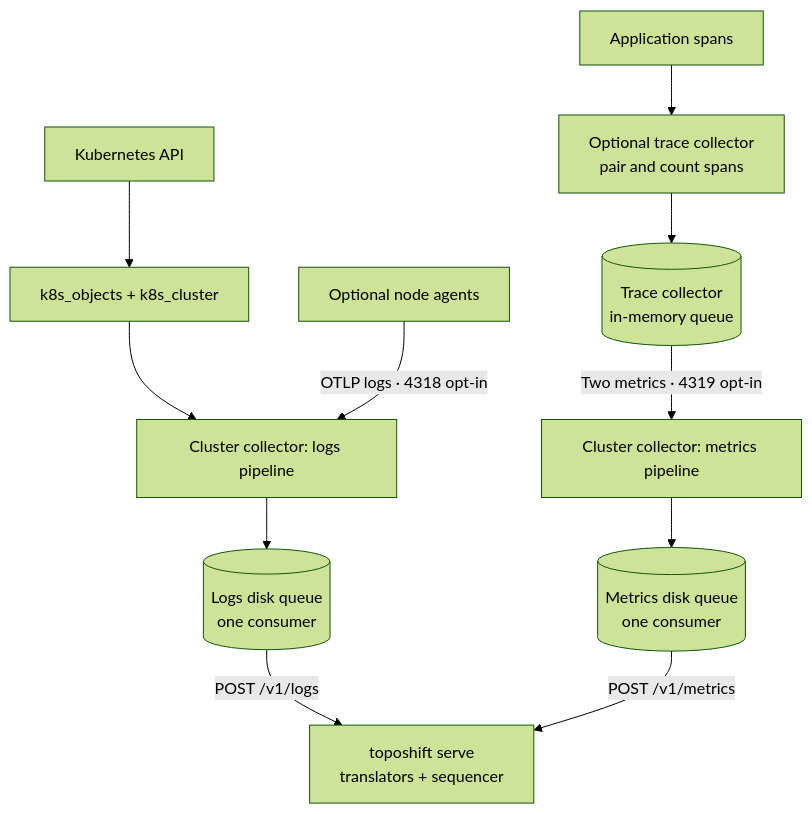
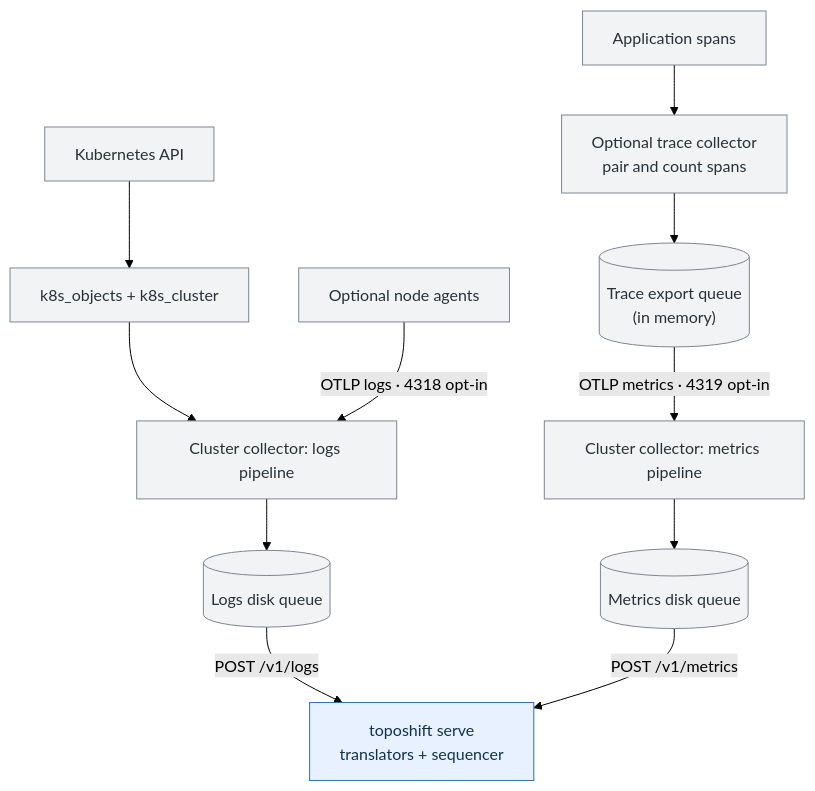
Before and after one commit to lotannauo/toposhift: the diagram in deploy/otel-collector/README.md, drawn with Mermaid (forest theme). The commit also changed other lines of this file and 1 other file, not shown here.

Commit message:
[docs] M6: Clarify diagram ownership and queue labels
Distinguishes toposhift components and storage formats from upstream software in the system and collector diagrams. Keeps the existing flows and grouping, identifies Pebble as software, and uses parenthetical qualifiers for queue and volume details.

````diff
--- a/deploy/otel-collector/README.md
+++ b/deploy/otel-collector/README.md
@@ -16,13 +16,18 @@
 ```mermaid
 flowchart TB
     K["Kubernetes API"] --> KR["k8s_objects + k8s_cluster"]
     KR --> LP["Cluster collector: logs pipeline"]
     N["Optional node agents"] -->|"OTLP logs · 4318 opt-in"| LP
     A["Application spans"] --> T["Optional trace collector<br/>pair and count spans"]
-    T --> TQ[("Trace collector<br/>in-memory queue")]
-    TQ -->|"Two metrics · 4319 opt-in"| MP["Cluster collector: metrics pipeline"]
-    LP --> LQ[("Logs disk queue<br/>one consumer")]
-    MP --> MQ[("Metrics disk queue<br/>one consumer")]
+    T --> TQ[("Trace export queue<br/>(in memory)")]
+    TQ -->|"OTLP metrics · 4319 opt-in"| MP["Cluster collector: metrics pipeline"]
+    LP --> LQ[("Logs disk queue")]
+    MP --> MQ[("Metrics disk queue")]
     LQ -->|"POST /v1/logs"| S["toposhift serve<br/>translators + sequencer"]
     MQ -->|"POST /v1/metrics"| S
+
+    classDef owned fill:#e8f1ff,stroke:#2f6fb0,color:#12324a;
+    classDef upstream fill:#f1f3f5,stroke:#7c8793,color:#263238;
+    class S owned;
+    class K,KR,N,A,T,TQ,LP,MP,LQ,MQ upstream;
 ```
````
